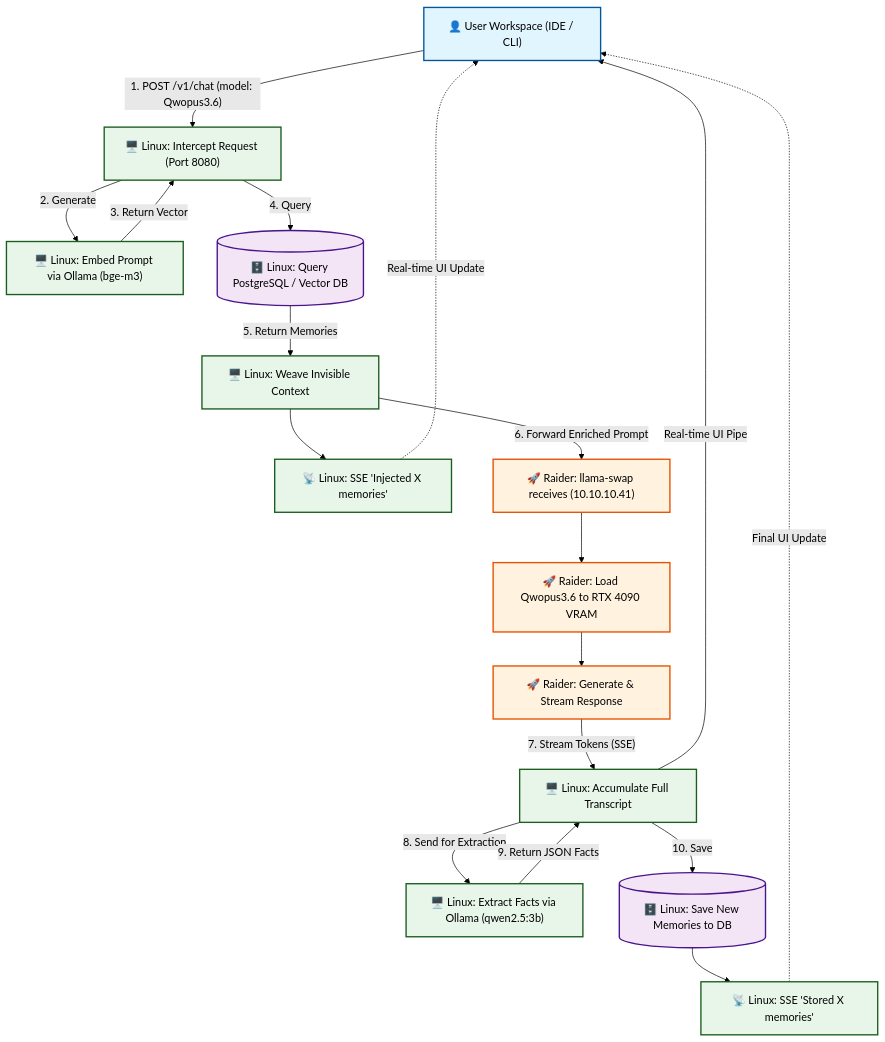
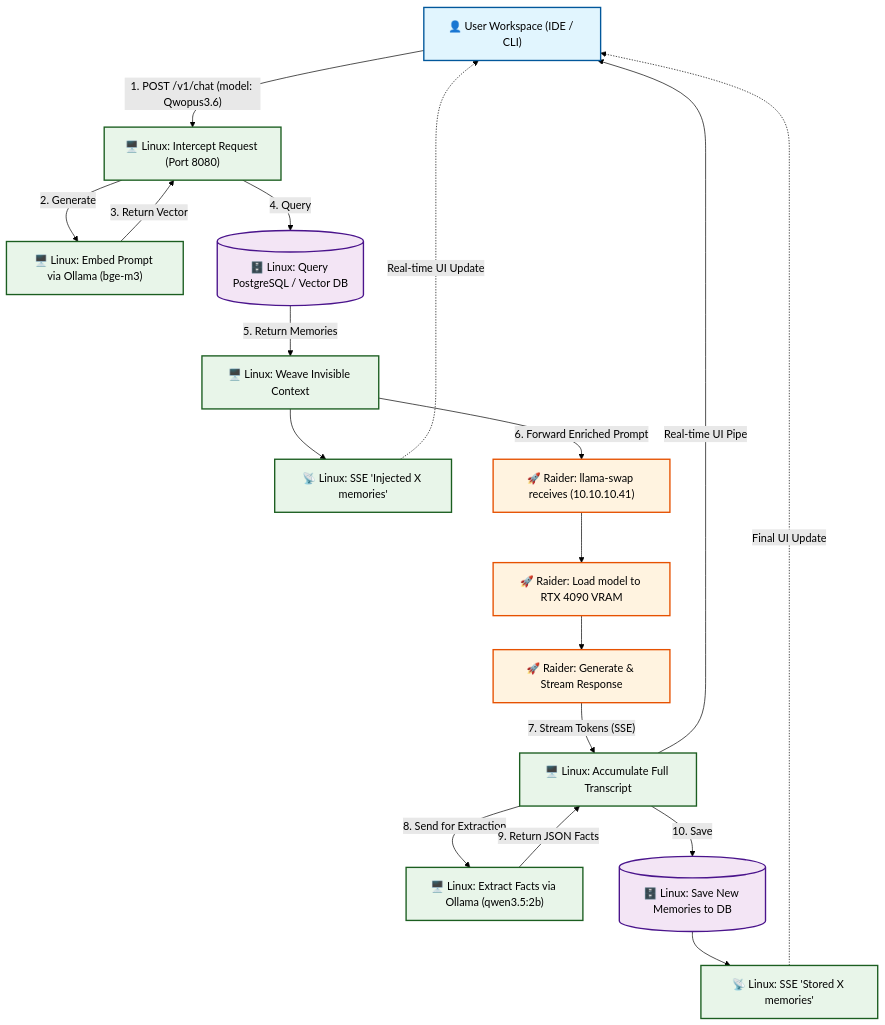
One commit to acester822/FTR10-Engram changed the diagram in AGENTS.md. Above: the diagram before and after it, drawn with Mermaid (forest theme). The commit also changed other lines of this file and 23 other files, not shown here.

````diff
--- a/AGENTS.md
+++ b/AGENTS.md
@@ -20,50 +28,50 @@
 ```mermaid
 flowchart TD
     %% Define Styles
     classDef user fill:#e1f5fe,stroke:#01579b,stroke-width:2px
     classDef linux fill:#e8f5e9,stroke:#1b5e20,stroke-width:2px
     classDef raider fill:#fff3e0,stroke:#e65100,stroke-width:2px
     classDef db fill:#f3e5f5,stroke:#4a148c,stroke-width:2px
 
     %% User
     U["👤 User Workspace (IDE / CLI)"]:::user
 
     %% Linux Server: Phase 1 (Setup)
     L1["🖥️ Linux: Intercept Request (Port 8080)"]:::linux
     L2["🖥️ Linux: Embed Prompt via Ollama (bge-m3)"]:::linux
     L3[("🗄️ Linux: Query PostgreSQL / Vector DB")]:::db
     L4["🖥️ Linux: Weave Invisible Context"]:::linux
     L5["📡 Linux: SSE 'Injected X memories'"]:::linux
 
     %% MSI Raider: Phase 2 (Generation)
     R1["🚀 Raider: llama-swap receives (10.10.10.41)"]:::raider
-    R2["🚀 Raider: Load Qwopus3.6 to RTX 4090 VRAM"]:::raider
+    R2["🚀 Raider: Load model to RTX 4090 VRAM"]:::raider
     R3["🚀 Raider: Generate & Stream Response"]:::raider
 
     %% Linux Server: Phase 3 (Background Learning)
     L6["🖥️ Linux: Accumulate Full Transcript"]:::linux
-    L7["🖥️ Linux: Extract Facts via Ollama (qwen2.5:3b)"]:::linux
+    L7["🖥️ Linux: Extract Facts via Ollama (qwen3.5:2b)"]:::linux
     L8[("🗄️ Linux: Save New Memories to DB")]:::db
     L9["📡 Linux: SSE 'Stored X memories'"]:::linux
 
     %% The Vertical Flow Connections
     U -->|"1. POST /v1/chat (model: Qwopus3.6)"| L1
     L1 -->|"2. Generate"| L2
     L2 -->|"3. Return Vector"| L1
     L1 -->|"4. Query"| L3
     L3 -->|"5. Return Memories"| L4
     L4 --> L5
     L5 -.->|"Real-time UI Update"| U
     
     L4 -->|"6. Forward Enriched Prompt"| R1
     R1 --> R2
     R2 --> R3
     R3 -->|"7. Stream Tokens (SSE)"| L6
     L6 -->|"Real-time UI Pipe"| U
     
     L6 -->|"8. Send for Extraction"| L7
     L7 -->|"9. Return JSON Facts"| L6
     L6 -->|"10. Save"| L8
     L8 --> L9
     L9 -.->|"Final UI Update"| U
 ```
````
